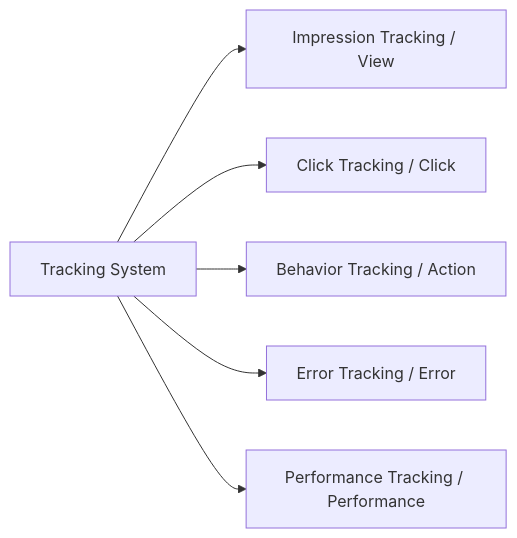
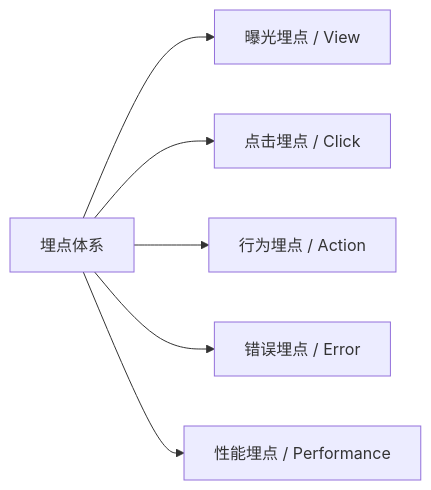
Before and after one commit to Kirky-X/cangjie: the tenth of 12 diagrams in templates/Product/Product/Template-PRD.md, drawn with Mermaid. The commit also changed other lines of this file and 33 other files, not shown here.

````diff
--- a/templates/Product/Product/Template-PRD.md
+++ b/templates/Product/Product/Template-PRD.md
@@ -537,8 +537,8 @@
 ```mermaid
 graph LR
-    A[Tracking System] --> B[Impression Tracking / View]
-    A --> C[Click Tracking / Click]
-    A --> D[Behavior Tracking / Action]
-    A --> E[Error Tracking / Error]
-    A --> F[Performance Tracking / Performance]
+    A[埋点体系] --> B[曝光埋点 / View]
+    A --> C[点击埋点 / Click]
+    A --> D[行为埋点 / Action]
+    A --> E[错误埋点 / Error]
+    A --> F[性能埋点 / Performance]
 ```
````
